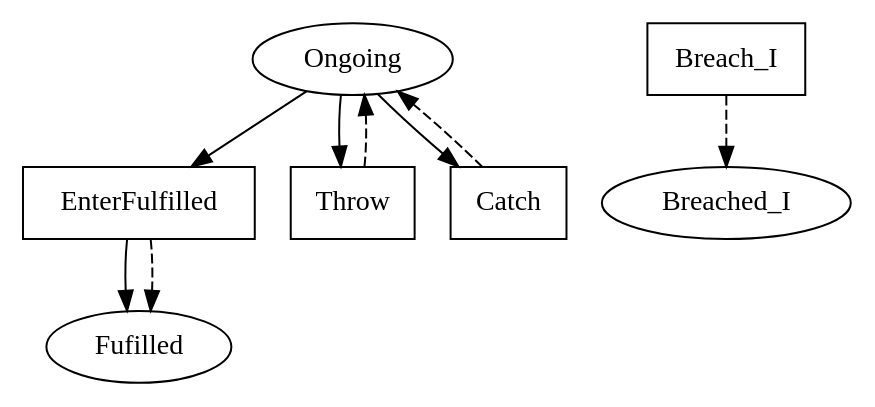
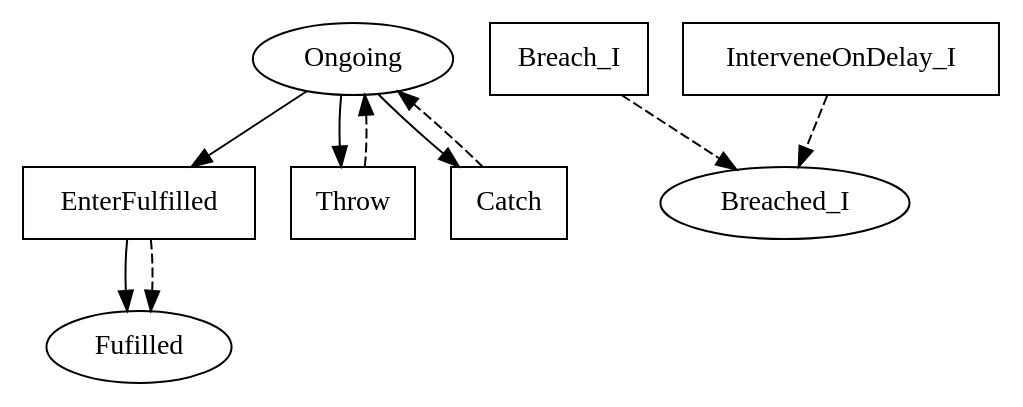
One commit to Marcao02/complaw-deeptech changed the diagram in linear_state_machine_language/pyL4/examples/out_graphviz/toy_and_teaching/minimal_future-actions2.dot. Above: the diagram before and after it, drawn with Graphviz. The commit also changed 71 other files, not shown here.

Commit message:
eliminate `discretionary` and `should` keywords and introduce `Arbiter` Role and `interveneOnDelay` actions

```diff
--- a/linear_state_machine_language/pyL4/examples/out_graphviz/toy_and_teaching/minimal_future-actions2.dot
+++ b/linear_state_machine_language/pyL4/examples/out_graphviz/toy_and_teaching/minimal_future-actions2.dot
@@ -1,27 +1,29 @@
 // THIS IS A GENERATED FILE. DO NOT EDIT.
 
 digraph test_contract_2_for_must_later {    
     Fulfilled[label=Fufilled];
     Ongoing[label=Ongoing];
 	Breached_I[label=Breached_I]
     
     EnterFulfilled[label=EnterFufilled,shape=box]; 
     Throw[label=Throw,shape=box];
 	Catch[label=Catch,shape=box];
 	EnterFulfilled[label=EnterFulfilled,shape=box];
-	Breach_I[label=Breach_I,shape=box]    
+	Breach_I[label=Breach_I,shape=box];
+	InterveneOnDelay_I[label=InterveneOnDelay_I,shape=box]    
     
     EnterFulfilled -> Fulfilled;
     
     Ongoing -> Throw;
 	Ongoing -> EnterFulfilled;
 	Ongoing -> Catch
     
     Throw -> Ongoing [style=dashed];
 	Catch -> Ongoing [style=dashed];
 	EnterFulfilled -> Fulfilled [style=dashed];
 	Breach_I -> Breached_I [style=dashed];
+	InterveneOnDelay_I -> Breached_I [style=dashed];
 	     
     
        
 }
```
